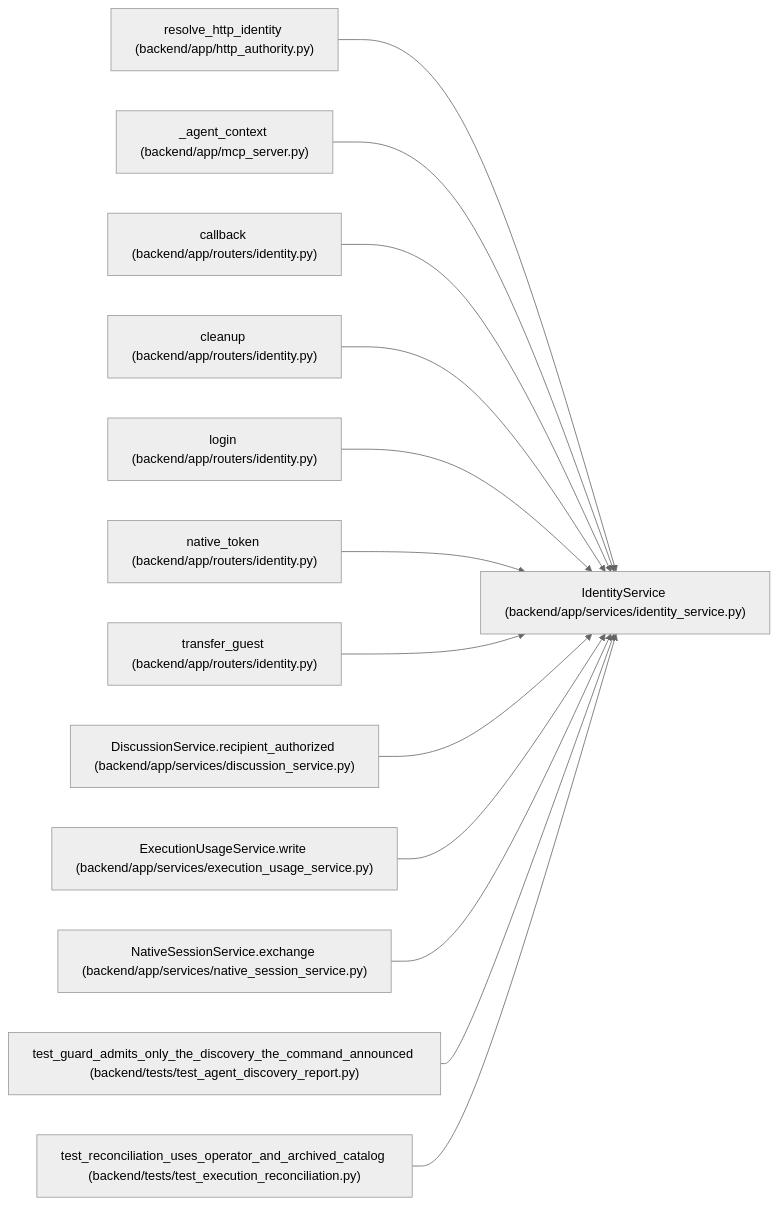
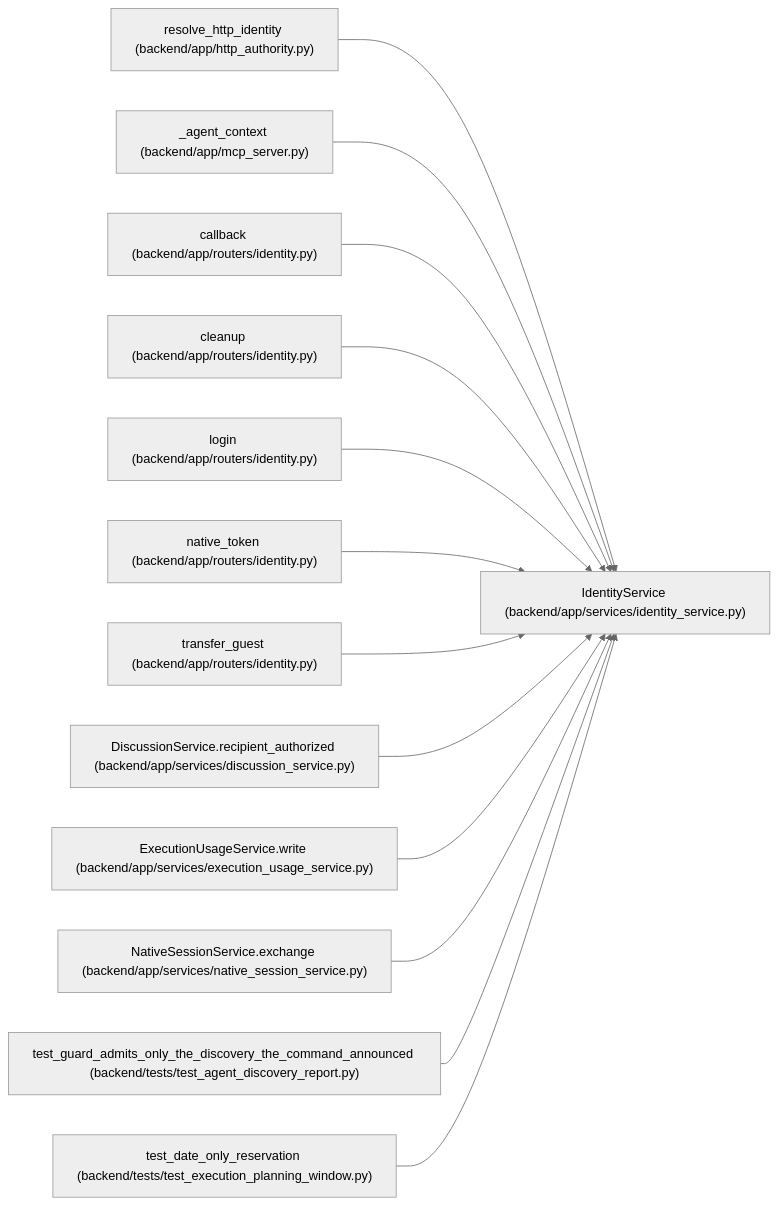
Before and after one commit to Denissvgn/WorkChord: the diagram in docs/llm_wiki/entities/IdentityService.md, drawn with Mermaid (neutral theme). The commit also changed other lines of this file and 868 other files, not shown here.

Commit message:
Document authenticated planning-window recovery and retained worker evidence

````diff
--- a/docs/llm_wiki/entities/IdentityService.md
+++ b/docs/llm_wiki/entities/IdentityService.md
@@ -35,41 +35,41 @@
 ```mermaid
 flowchart LR
     n0["IdentityService (backend/app/services/identity_service.py)"]
     n1["resolve_http_identity (backend/app/http_authority.py)"]
     n2["_agent_context (backend/app/mcp_server.py)"]
     n3["callback (backend/app/routers/identity.py)"]
     n4["cleanup (backend/app/routers/identity.py)"]
     n5["login (backend/app/routers/identity.py)"]
     n6["native_token (backend/app/routers/identity.py)"]
     n7["transfer_guest (backend/app/routers/identity.py)"]
     n8["DiscussionService.recipient_authorized (backend/app/services/discussion_service.py)"]
     n9["ExecutionUsageService.write (backend/app/services/execution_usage_service.py)"]
     n10["NativeSessionService.exchange (backend/app/services/native_session_service.py)"]
     n11["test_guard_admits_only_the_discovery_the_command_announced (backend/tests/test_agent_discovery_report.py)"]
-    n12["test_reconciliation_uses_operator_and_archived_catalog (backend/tests/test_execution_reconciliation.py)"]
+    n12["test_date_only_reservation (backend/tests/test_execution_planning_window.py)"]
     n1 --> n0
     n2 --> n0
     n3 --> n0
     n4 --> n0
     n5 --> n0
     n6 --> n0
     n7 --> n0
     n8 --> n0
     n9 --> n0
     n10 --> n0
     n11 --> n0
     n12 --> n0
     click n0 "../modules/identity_service.md"
     click n1 "../modules/http_authority.md"
     click n2 "../modules/mcp_server.md"
     click n3 "../modules/routers_identity.md"
     click n4 "../modules/routers_identity.md"
     click n5 "../modules/routers_identity.md"
     click n6 "../modules/routers_identity.md"
     click n7 "../modules/routers_identity.md"
     click n8 "../modules/discussion_service.md"
     click n9 "../modules/execution_usage_service.md"
     click n10 "../modules/native_session_service.md"
     click n11 "../modules/test_agent_discovery_report.md"
-    click n12 "../modules/test_execution_reconciliation.md"
+    click n12 "../modules/test_execution_planning_window.md"
 ```
````
